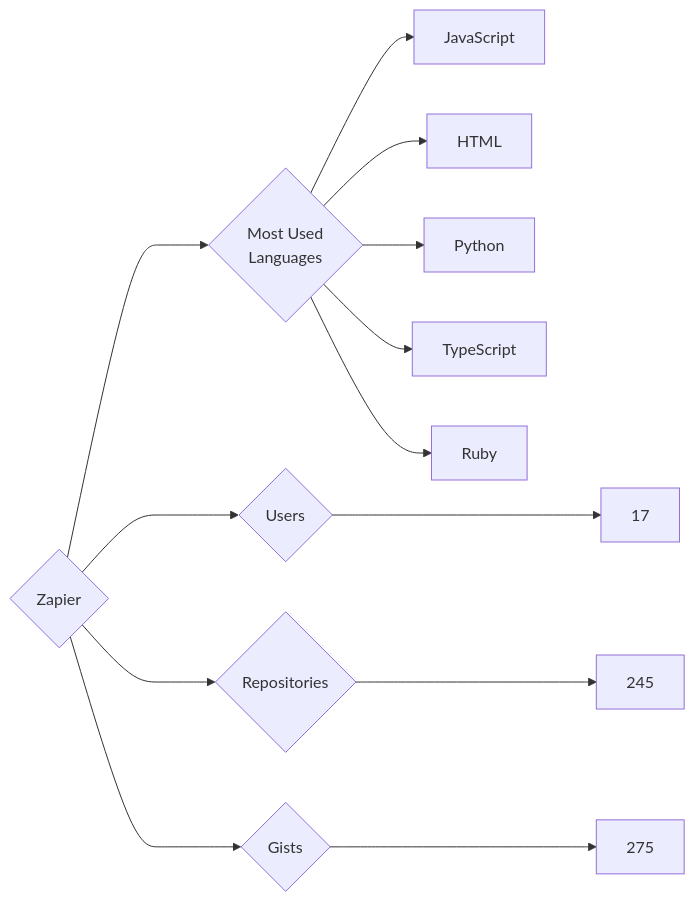
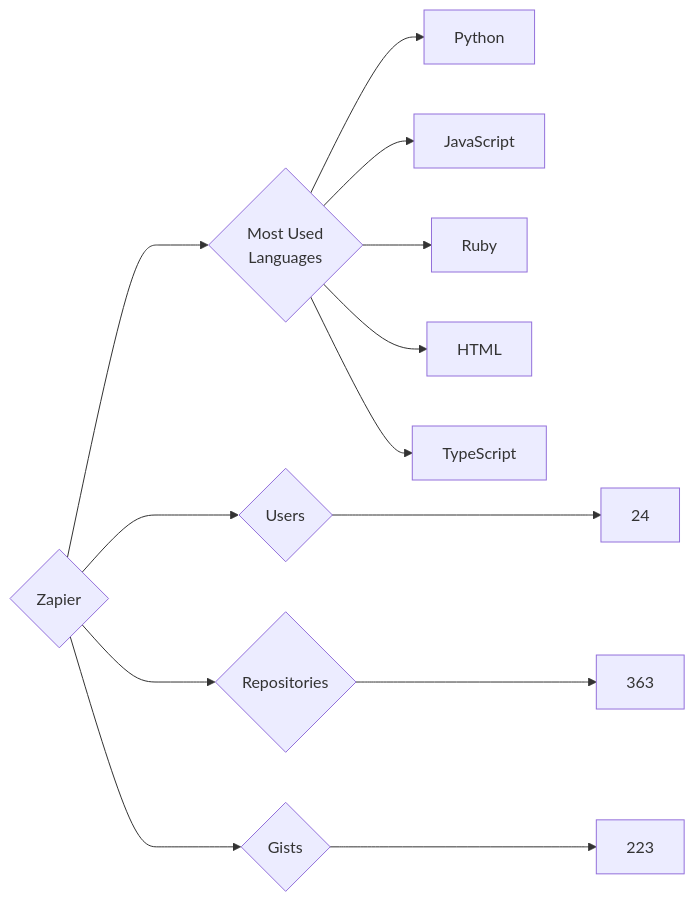
Before and after one commit to trickest/insiders: the diagram in targets/Zapier/README.md, drawn with Mermaid. The commit also changed 928 other files, not shown here.

````diff
--- a/targets/Zapier/README.md
+++ b/targets/Zapier/README.md
@@ -3,13 +3,13 @@
 ```mermaid
 graph LR
 COMPANY_NAME{Zapier}
-COMPANY_NAME ---> U{Users} ---> UN[17]
-COMPANY_NAME ---> R{Repositories} ---> RN[245]
-COMPANY_NAME ---> G{Gists} ---> GN[275]
+COMPANY_NAME ---> U{Users} ---> UN[24]
+COMPANY_NAME ---> R{Repositories} ---> RN[363]
+COMPANY_NAME ---> G{Gists} ---> GN[223]
 COMPANY_NAME ---> ML{Most Used<br>Languages}
+ML --> Python[Python]
 ML --> JavaScript[JavaScript]
+ML --> Ruby[Ruby]
 ML --> HTML[HTML]
-ML --> Python[Python]
 ML --> TypeScript[TypeScript]
-ML --> Ruby[Ruby]
 ```
````
